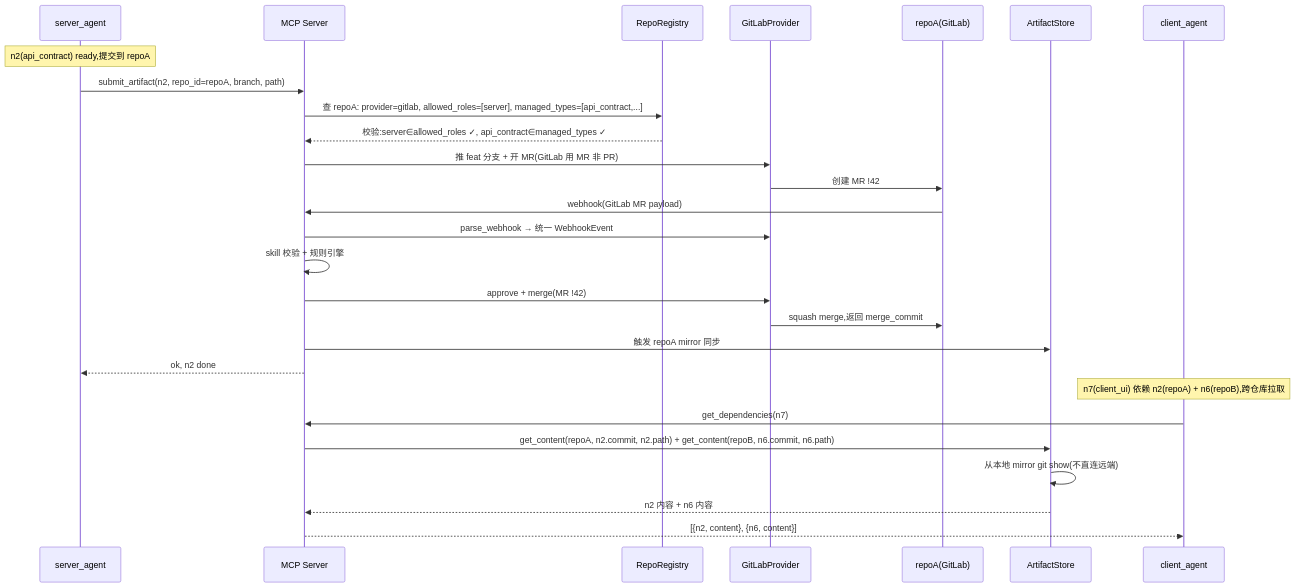
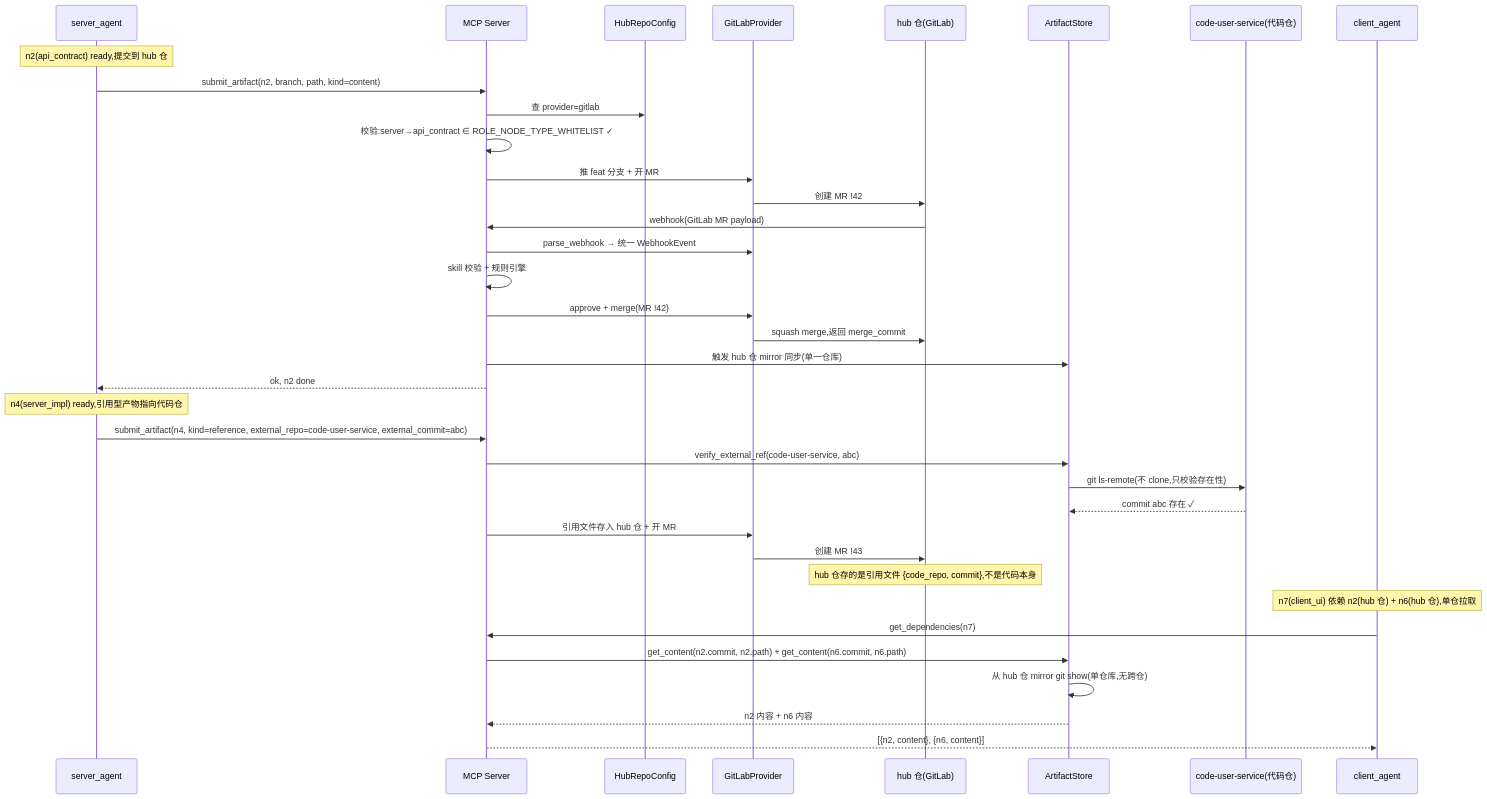
One commit to s-charvin/ai-delivery-kit changed the fourth of 8 diagrams in docs/prd/scenarios/round2-scenario-draft-multiworkflow.md. Above: the diagram before and after it, drawn with Mermaid. The commit also changed other lines of this file and 1 other file, not shown here.

First line of the commit message:
docs(prd): fix artifact repo model to single hub repo (drop RepoRegistry)

````diff
--- a/docs/prd/scenarios/round2-scenario-draft-multiworkflow.md
+++ b/docs/prd/scenarios/round2-scenario-draft-multiworkflow.md
@@ -575,31 +582,41 @@
 ```mermaid
 sequenceDiagram
     participant SA as server_agent
     participant MCP as MCP Server
-    participant REG as RepoRegistry
+    participant HUB as HubRepoConfig
     participant GL as GitLabProvider
-    participant RA as repoA(GitLab)
+    participant HR as hub 仓(GitLab)
     participant AS as ArtifactStore
+    participant CODE as code-user-service(代码仓)
     participant CA as client_agent
 
-    Note over SA: n2(api_contract) ready,提交到 repoA
-    SA->>MCP: submit_artifact(n2, repo_id=repoA, branch, path)
-    MCP->>REG: 查 repoA: provider=gitlab, allowed_roles=[server], managed_types=[api_contract,...]
-    REG-->>MCP: 校验:server∈allowed_roles ✓, api_contract∈managed_types ✓
-    MCP->>GL: 推 feat 分支 + 开 MR(GitLab 用 MR 非 PR)
-    GL->>RA: 创建 MR !42
-    RA->>MCP: webhook(GitLab MR payload)
+    Note over SA: n2(api_contract) ready,提交到 hub 仓
+    SA->>MCP: submit_artifact(n2, branch, path, kind=content)
+    MCP->>HUB: 查 provider=gitlab
+    MCP->>MCP: 校验:server→api_contract ∈ ROLE_NODE_TYPE_WHITELIST ✓
+    MCP->>GL: 推 feat 分支 + 开 MR
+    GL->>HR: 创建 MR !42
+    HR->>MCP: webhook(GitLab MR payload)
     MCP->>GL: parse_webhook → 统一 WebhookEvent
     MCP->>MCP: skill 校验 + 规则引擎
     MCP->>GL: approve + merge(MR !42)
-    GL->>RA: squash merge,返回 merge_commit
-    MCP->>AS: 触发 repoA mirror 同步
+    GL->>HR: squash merge,返回 merge_commit
+    MCP->>AS: 触发 hub 仓 mirror 同步(单一仓库)
     MCP-->>SA: ok, n2 done
 
-    Note over CA: n7(client_ui) 依赖 n2(repoA) + n6(repoB),跨仓库拉取
+    Note over SA: n4(server_impl) ready,引用型产物指向代码仓
+    SA->>MCP: submit_artifact(n4, kind=reference, external_repo=code-user-service, external_commit=abc)
+    MCP->>AS: verify_external_ref(code-user-service, abc)
+    AS->>CODE: git ls-remote(不 clone,只校验存在性)
+    CODE-->>AS: commit abc 存在 ✓
+    MCP->>GL: 引用文件存入 hub 仓 + 开 MR
+    GL->>HR: 创建 MR !43
+    Note over HR: hub 仓存的是引用文件 {code_repo, commit},不是代码本身
+
+    Note over CA: n7(client_ui) 依赖 n2(hub 仓) + n6(hub 仓),单仓拉取
     CA->>MCP: get_dependencies(n7)
-    MCP->>AS: get_content(repoA, n2.commit, n2.path) + get_content(repoB, n6.commit, n6.path)
-    AS->>AS: 从本地 mirror git show(不直连远端)
+    MCP->>AS: get_content(n2.commit, n2.path) + get_content(n6.commit, n6.path)
+    AS->>AS: 从 hub 仓 mirror git show(单仓库,无跨仓)
     AS-->>MCP: n2 内容 + n6 内容
     MCP-->>CA: [{n2, content}, {n6, content}]
 ```
````
